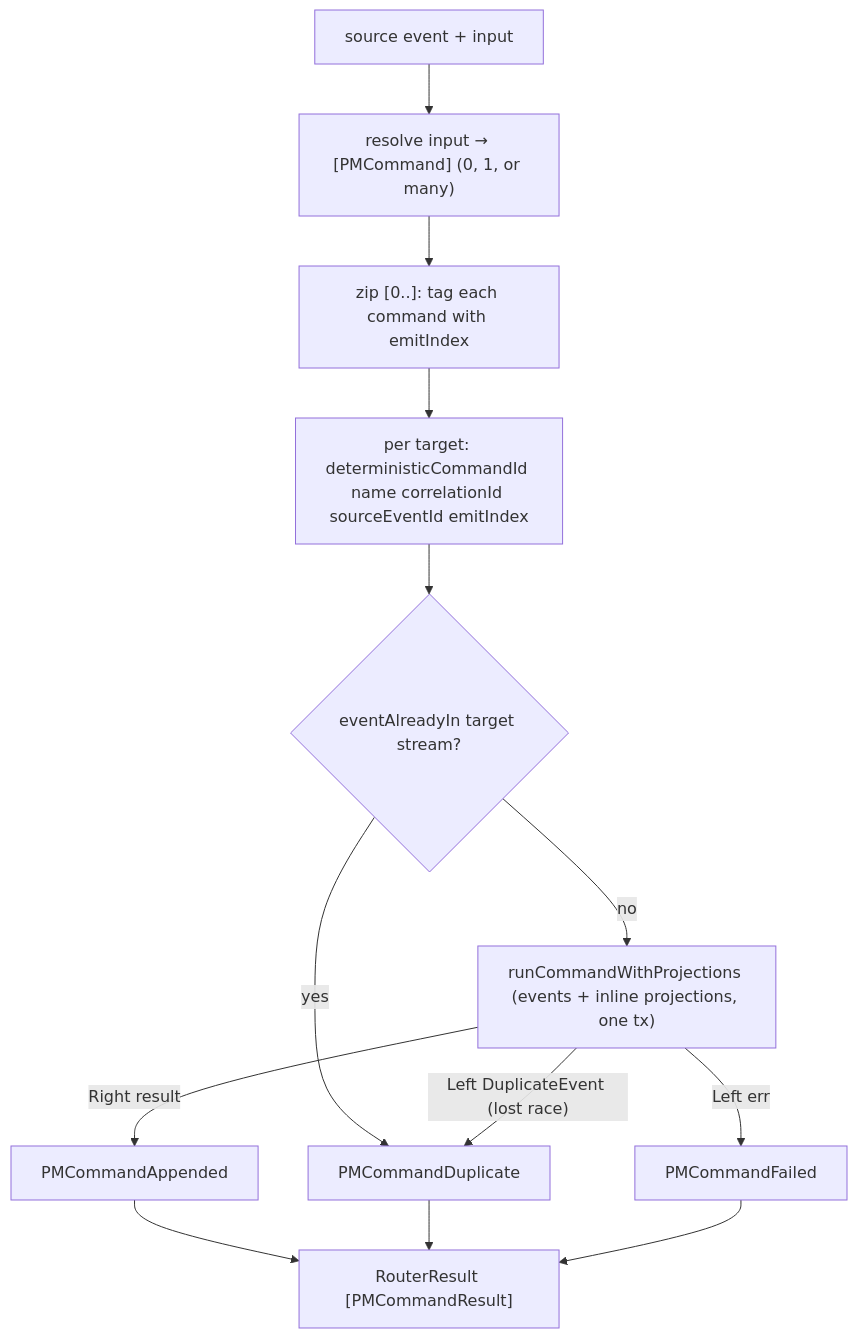
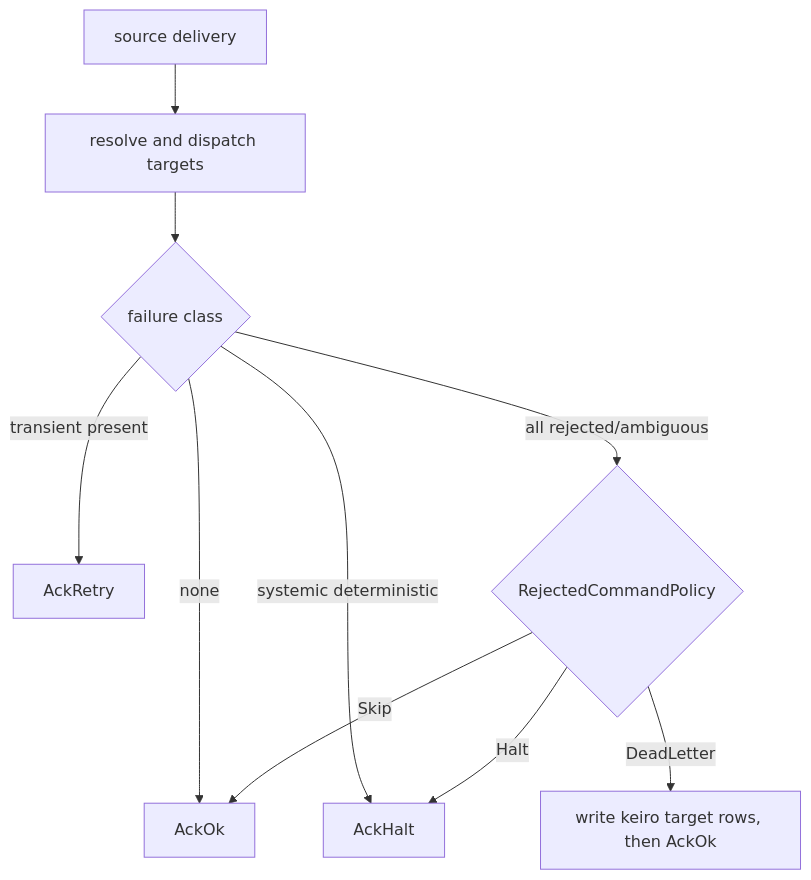
Before and after one commit to shinzui/keiro-runtime-docs: the diagram in content/docs/keiro/walkthrough/command-cycle/07-the-router.mdx, drawn with Mermaid. The commit also changed other lines of this file and 19 other files, not shown here.

First line of the commit message:
docs(keiro): document dispatch failure policy

````diff
--- a/content/docs/keiro/walkthrough/command-cycle/07-the-router.mdx
+++ b/content/docs/keiro/walkthrough/command-cycle/07-the-router.mdx
@@ -16,15 +107,12 @@
 ```mermaid
 flowchart TD
-  Src["source event + input"] --> Res["resolve input → [PMCommand] (0, 1, or many)"]
-  Res --> Zip["zip [0..]: tag each command with emitIndex"]
-  Zip --> Id["per target: deterministicCommandId name correlationId sourceEventId emitIndex"]
-  Id --> G1{"eventAlreadyIn target stream?"}
-  G1 -- "yes" --> Dup["PMCommandDuplicate"]
-  G1 -- "no" --> Run["runCommandWithProjections (events + inline projections, one tx)"]
-  Run -- "Right result" --> App["PMCommandAppended"]
-  Run -- "Left DuplicateEvent (lost race)" --> Dup
-  Run -- "Left err" --> Fail["PMCommandFailed"]
-  App --> RR["RouterResult [PMCommandResult]"]
-  Dup --> RR
-  Fail --> RR
+  S["source delivery"] --> R["resolve and dispatch targets"]
+  R --> X{"failure class"}
+  X -- "none" --> O["AckOk"]
+  X -- "transient present" --> T["AckRetry"]
+  X -- "systemic deterministic" --> H["AckHalt"]
+  X -- "all rejected/ambiguous" --> P{"RejectedCommandPolicy"}
+  P -- "Halt" --> H
+  P -- "DeadLetter" --> K["write keiro target rows, then AckOk"]
+  P -- "Skip" --> O
 ```
````
